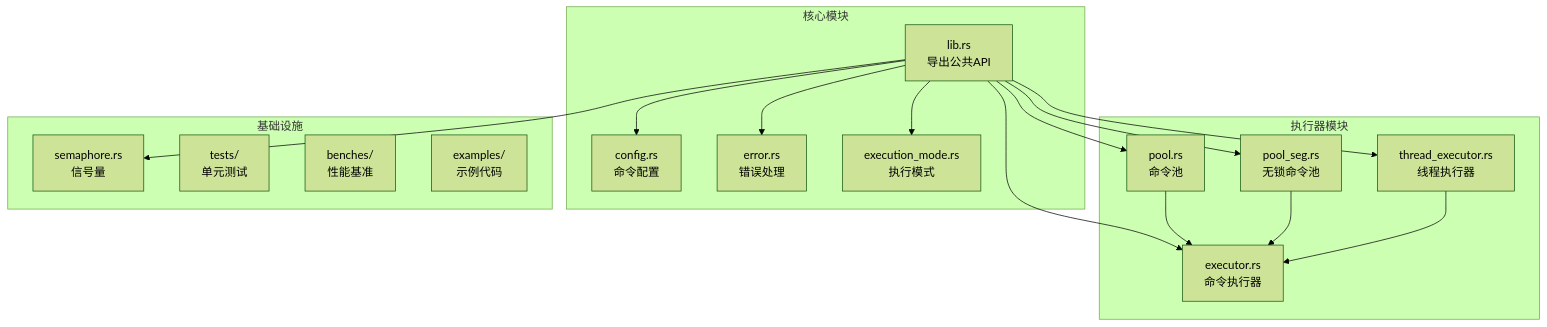
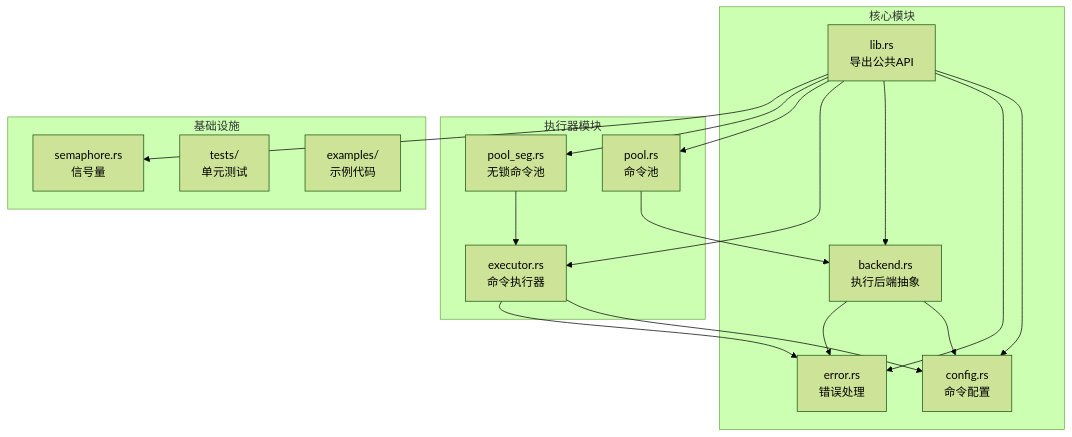
Before and after one commit to xcry2006/execute: the first of 9 diagrams in .qoder/repowiki/zh/content/执行器系统/执行器系统.md, drawn with Mermaid (forest theme). The commit also changed other lines of this file and 9 other files, not shown here.

````diff
--- a/.qoder/repowiki/zh/content/执行器系统/执行器系统.md
+++ b/.qoder/repowiki/zh/content/执行器系统/执行器系统.md
@@ -49,32 +46,32 @@
 ```mermaid
 graph TB
 subgraph "核心模块"
 Lib[lib.rs<br/>导出公共API]
 Config[config.rs<br/>命令配置]
 Error[error.rs<br/>错误处理]
-Mode[execution_mode.rs<br/>执行模式]
+Backend[backend.rs<br/>执行后端抽象]
 end
 subgraph "执行器模块"
 Executor[executor.rs<br/>命令执行器]
-ThreadExec[thread_executor.rs<br/>线程执行器]
 Pool[pool.rs<br/>命令池]
 PoolSeg[pool_seg.rs<br/>无锁命令池]
 end
 subgraph "基础设施"
 Semaphore[semaphore.rs<br/>信号量]
 Tests[tests/<br/>单元测试]
-Bench[benches/<br/>性能基准]
 Examples[examples/<br/>示例代码]
 end
 Lib --> Config
 Lib --> Error
-Lib --> Mode
+Lib --> Backend
 Lib --> Executor
-Lib --> ThreadExec
 Lib --> Pool
 Lib --> PoolSeg
 Lib --> Semaphore
-Pool --> Executor
+Pool --> Backend
 PoolSeg --> Executor
-ThreadExec --> Executor
+Executor --> Config
+Executor --> Error
+Backend --> Config
+Backend --> Error
 ```
````
